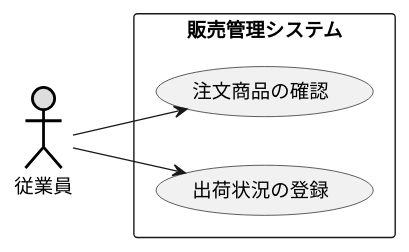
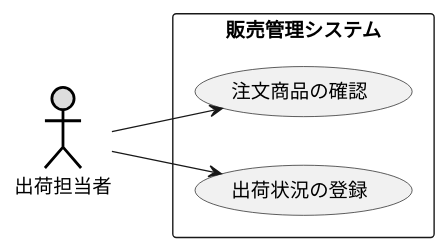
Before and after one commit to takumiTakahata/uml-introduction: the diagram in 演習2-5_盛岡商事_販売管理システム.pu, drawn with PlantUML.

Commit message:
従業員を出荷担当者へ変更

```diff
--- a/演習2-5_盛岡商事_販売管理システム.pu
+++ b/演習2-5_盛岡商事_販売管理システム.pu
@@ -1,10 +1,10 @@
 @startuml ユースケース図
 left to right direction
-actor 従業員#DDDDDD;line:black;line.bold;
+actor 出荷担当者#DDDDDD;line:black;line.bold;
 rectangle 販売管理システム {
 usecase 注文商品の確認
 usecase 出荷状況の登録
 }
-従業員 --> 注文商品の確認
-従業員 --> 出荷状況の登録
+出荷担当者 --> 注文商品の確認
+出荷担当者 --> 出荷状況の登録
 @enduml
```
